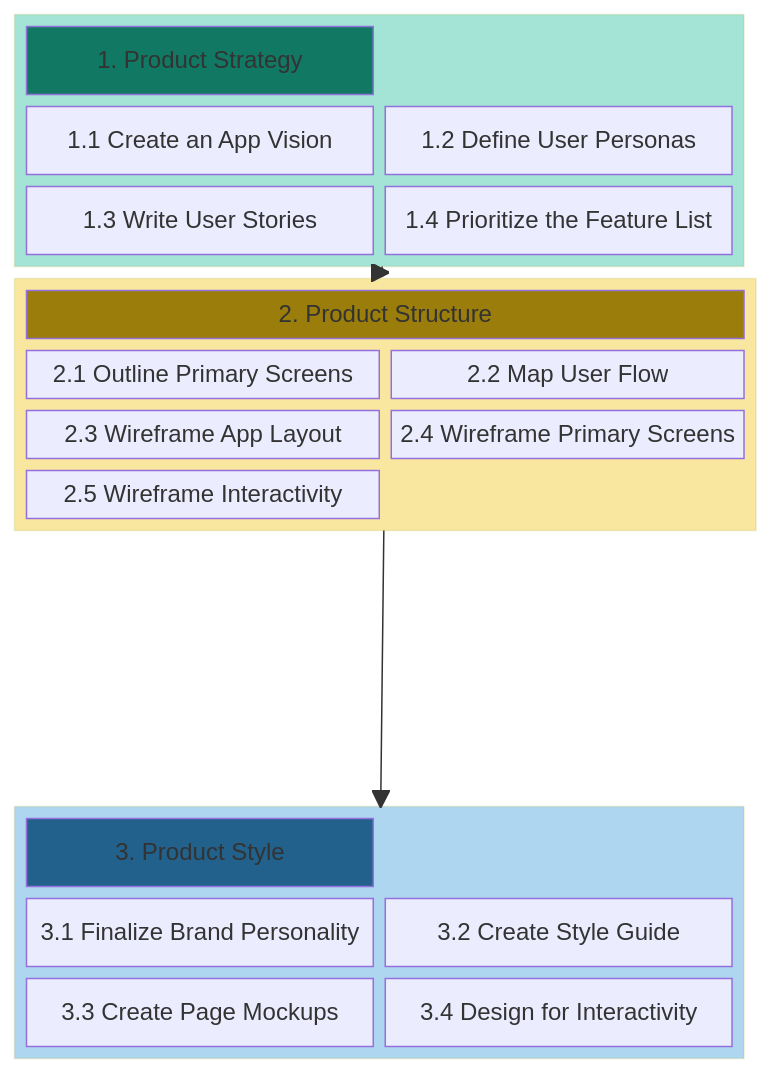
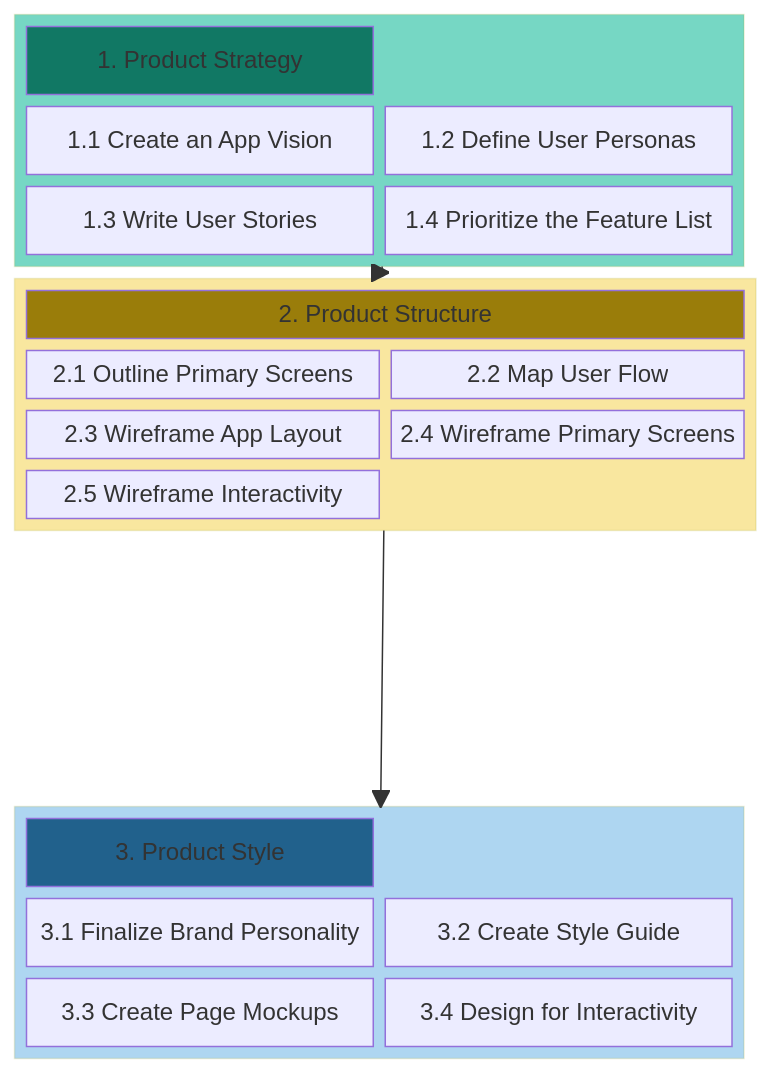
One commit to chingu-voyages/Handbook changed the diagram in docs/resources/techresources/uiux.md. Above: the diagram before and after it, drawn with Mermaid.

Commit message:
Feature: Add UI/UX workflow process template

````diff
--- a/docs/resources/techresources/uiux.md
+++ b/docs/resources/techresources/uiux.md
@@ -15,38 +15,38 @@
 ```mermaid
 block-beta
 columns 1
   block:STRATEGY
     columns 2
     A["1. Product Strategy"]:2
     B["1.1 Create an App Vision"]
     C["1.2 Define User Personas"]
     D["1.3 Write User Stories"]
     E["1.4 Prioritize the Feature List"]
   end
   block:STRUCTURE
     columns 2
     G["2. Product Structure"]:2
     H["2.1 Outline Primary Screens"]
     I["2.2 Map User Flow"]
     J["2.3 Wireframe App Layout"]
     K["2.4 Wireframe Primary Screens"]
     L["2.5 Wireframe Interactivity"]
   end
   STRATEGY --> STRUCTURE
   space
   block:STYLE
     columns 2
     M["3. Product Style"]:2
     N["3.1 Finalize Brand Personality"]
     O["3.2 Create Style Guide"]
     P["3.3 Create Page Mockups"]
     Q["3.4 Design for Interactivity"]
   end
   STRUCTURE --> STYLE
   style A fill:#117864
   style G fill:#9a7d0a
   style M fill:#21618c
-  style STRATEGY fill:#a3e4d7
+  style STRATEGY fill:#76d7c4
   style STRUCTURE fill:#f9e79f
   style STYLE fill:#aed6f1
 ```
````
